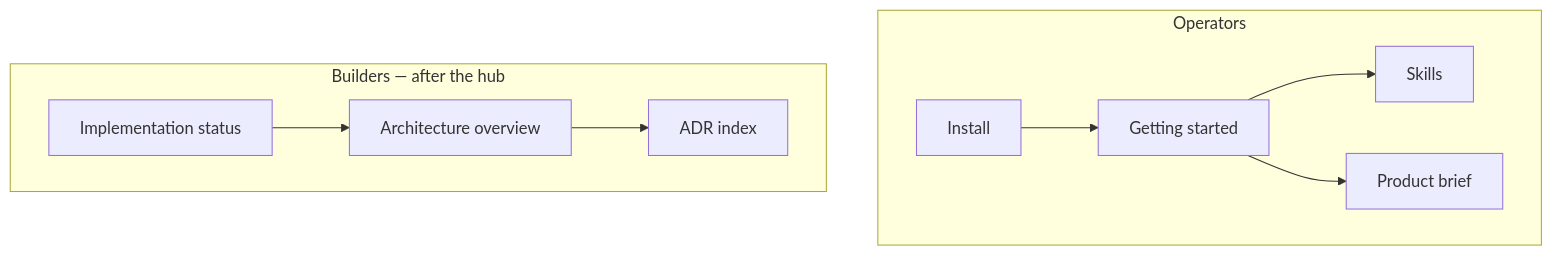
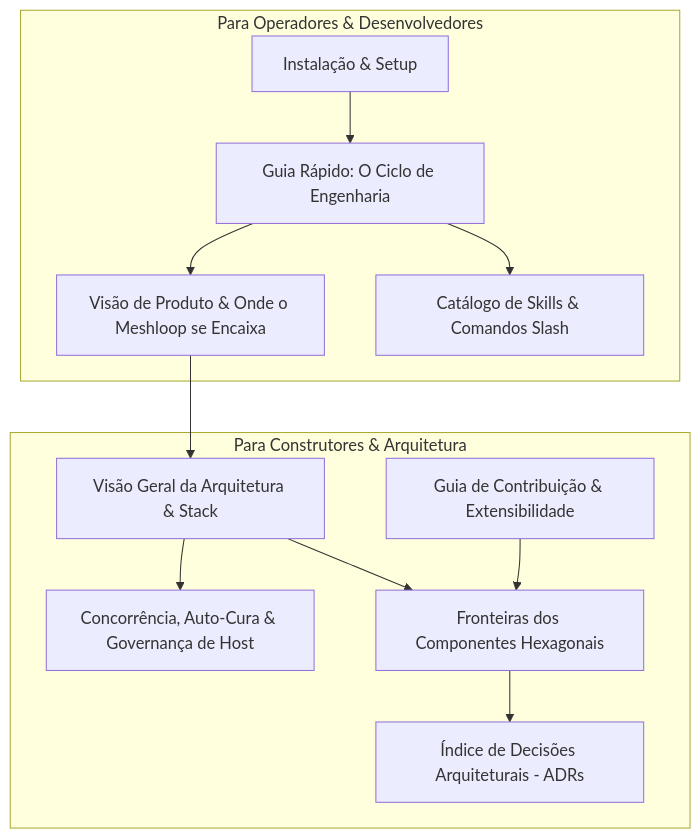
One commit to smota/meshloop changed the diagram in docs/README.md. Above: the diagram before and after it, drawn with Mermaid. The commit also changed other lines of this file and 11 other files, not shown here.

First line of the commit message:
docs: modernize architecture and product vision for closed-loop agent environment

````diff
--- a/docs/README.md
+++ b/docs/README.md
@@ -14,19 +10,24 @@
 ```mermaid
 flowchart TB
-  subgraph operators [Operators]
-    Install[Install]
-    Start[Getting started]
-    Skills[Skills]
-    Brief[Product brief]
+  subgraph operators [Para Operadores & Desenvolvedores]
+    Install[Instalação & Setup]
+    Start[Guia Rápido: O Ciclo de Engenharia]
+    Brief[Visão de Produto & Onde o Meshloop se Encaixa]
+    Skills[Catálogo de Skills & Comandos Slash]
   end
-  subgraph builders [Builders — after the hub]
-    Status[Implementation status]
-    Overview[Architecture overview]
-    ADRs[ADR index]
+  subgraph builders [Para Construtores & Arquitetura]
+    Overview[Visão Geral da Arquitetura & Stack]
+    ModernArch[Concorrência, Auto-Cura & Governança de Host]
+    Boundaries[Fronteiras dos Componentes Hexagonais]
+    ADRs[Índice de Decisões Arquiteturais - ADRs]
+    Contributing[Guia de Contribuição & Extensibilidade]
   end
   Install --> Start
+  Start --> Brief
   Start --> Skills
-  Start --> Brief
-  Status --> Overview
-  Overview --> ADRs
+  Brief --> Overview
+  Overview --> ModernArch
+  Overview --> Boundaries
+  Boundaries --> ADRs
+  Contributing --> Boundaries
 ```
````
